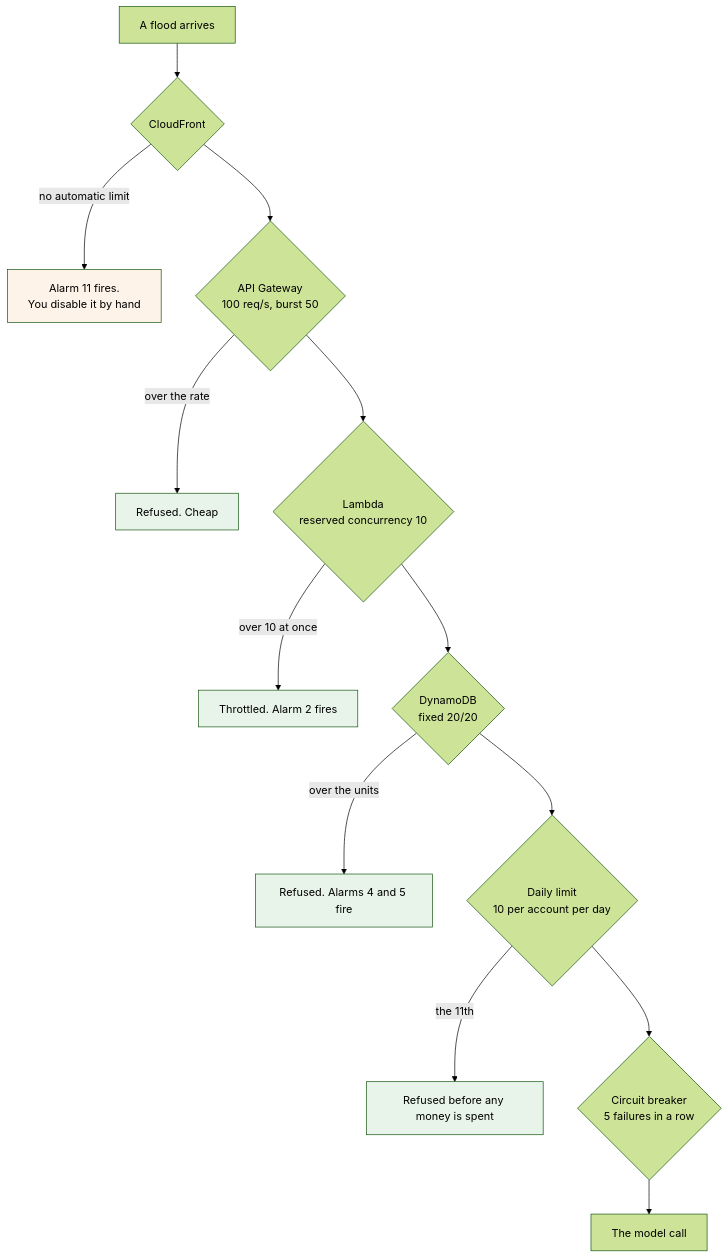
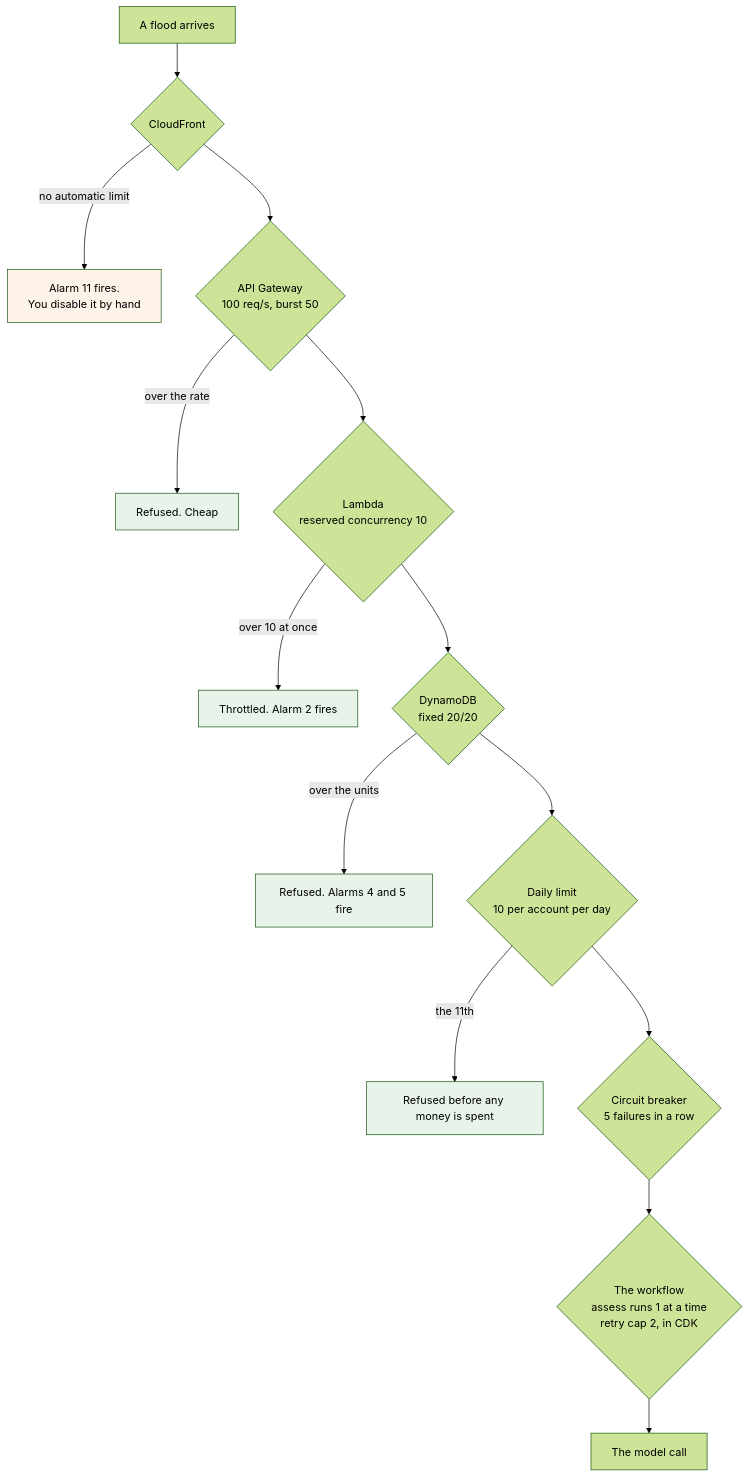
The seventh of 12 diagrams in docs/learn/aws-and-the-pipeline.md (poszetkristof/zamphora), drawn with Mermaid (forest theme) before and after one commit. The commit also changed other lines of this file and 52 other files, not shown here.

Commit message:
run 1: sync all docs, architectural decision changes for infra, changes in 900-infra docs

````diff
--- a/docs/learn/aws-and-the-pipeline.md
+++ b/docs/learn/aws-and-the-pipeline.md
@@ -630,21 +787,22 @@
 ```mermaid
 flowchart TD
     F["A flood arrives"] --> L1{"CloudFront"}
     L1 -->|"no automatic limit"| A1["Alarm 11 fires.<br/>You disable it by hand"]
     L1 --> L2{"API Gateway<br/>100 req/s, burst 50"}
     L2 -->|"over the rate"| D1["Refused. Cheap"]
     L2 --> L3{"Lambda<br/>reserved concurrency 10"}
     L3 -->|"over 10 at once"| D2["Throttled. Alarm 2 fires"]
     L3 --> L4{"DynamoDB<br/>fixed 20/20"}
     L4 -->|"over the units"| D3["Refused. Alarms 4 and 5 fire"]
     L4 --> L5{"Daily limit<br/>10 per account per day"}
     L5 -->|"the 11th"| D4["Refused before any money is spent"]
     L5 --> L6{"Circuit breaker<br/>5 failures in a row"}
-    L6 --> M["The model call"]
+    L6 --> L7{"The workflow<br/>assess runs 1 at a time<br/>retry cap 2, in CDK"}
+    L7 --> M["The model call"]
 
     style A1 fill:#fdf3e8
     style D1 fill:#e8f4ea
     style D2 fill:#e8f4ea
     style D3 fill:#e8f4ea
     style D4 fill:#e8f4ea
 ```
````
